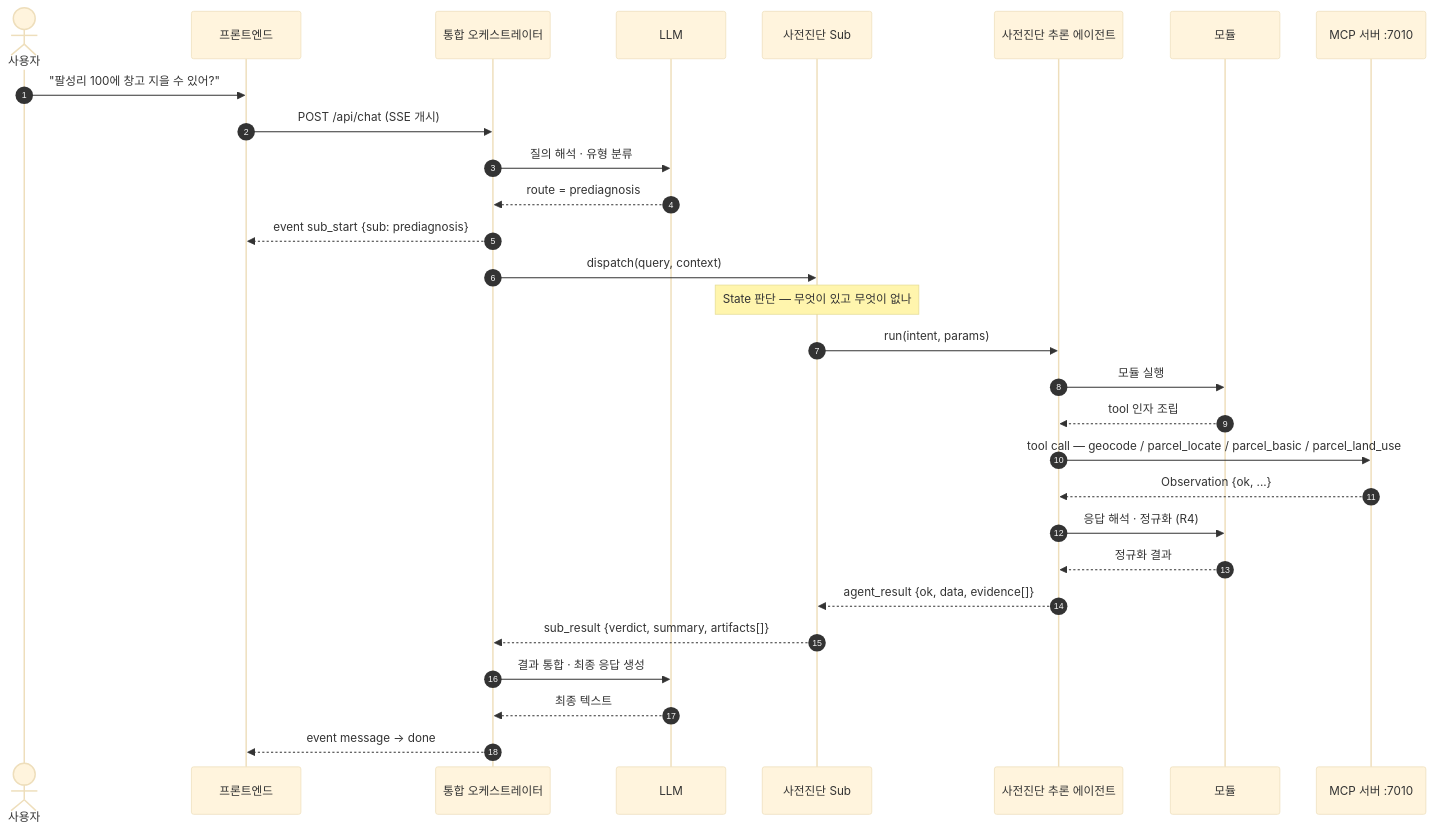
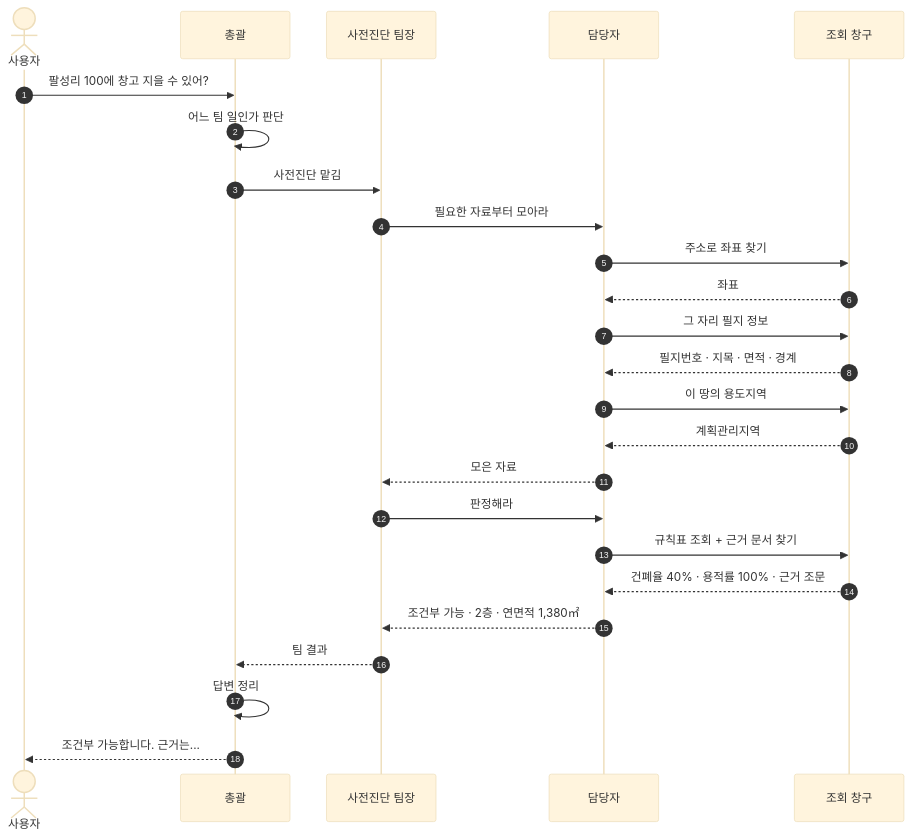
The second of 5 diagrams in docs/MCP-AGENT-SEQUENCE.md (madlrengg100/permit-copilot), drawn with Mermaid (base theme) before and after one commit. The commit also changed other lines of this file, not shown here.

Commit message:
Rewrite MCP agent sequence doc in plain language

````diff
--- a/docs/MCP-AGENT-SEQUENCE.md
+++ b/docs/MCP-AGENT-SEQUENCE.md
@@ -235,38 +71,31 @@
 ```mermaid
 sequenceDiagram
     autonumber
     actor U as 사용자
-    participant FE as 프론트엔드
-    participant MO as 통합 오케스트레이터
-    participant L as LLM
-    participant SO as 사전진단 Sub
-    participant AG as 사전진단 추론 에이전트
-    participant MD as 모듈
-    participant MCP as MCP 서버 :7010
+    participant BOSS as 총괄
+    participant LEAD as 사전진단 팀장
+    participant WK as 담당자
+    participant TOOL as 조회 창구
 
-    U->>FE: "팔성리 100에 창고 지을 수 있어?"
-    FE->>MO: POST /api/chat (SSE 개시)
+    U->>BOSS: 팔성리 100에 창고 지을 수 있어?
+    BOSS->>BOSS: 어느 팀 일인가 판단
+    BOSS->>LEAD: 사전진단 맡김
 
-    MO->>L: 질의 해석 · 유형 분류
-    L-->>MO: route = prediagnosis
-    MO-->>FE: event sub_start {sub: prediagnosis}
+    LEAD->>WK: 필요한 자료부터 모아라
+    WK->>TOOL: 주소로 좌표 찾기
+    TOOL-->>WK: 좌표
+    WK->>TOOL: 그 자리 필지 정보
+    TOOL-->>WK: 필지번호 · 지목 · 면적 · 경계
+    WK->>TOOL: 이 땅의 용도지역
+    TOOL-->>WK: 계획관리지역
+    WK-->>LEAD: 모은 자료
 
-    MO->>SO: dispatch(query, context)
-    Note over SO: State 판단 — 무엇이 있고 무엇이 없나
+    LEAD->>WK: 판정해라
+    WK->>TOOL: 규칙표 조회 + 근거 문서 찾기
+    TOOL-->>WK: 건폐율 40% · 용적률 100% · 근거 조문
+    WK-->>LEAD: 조건부 가능 · 2층 · 연면적 1,380㎡
+    LEAD-->>BOSS: 팀 결과
 
-    SO->>AG: run(intent, params)
-
-    AG->>MD: 모듈 실행
-    MD-->>AG: tool 인자 조립
-    AG->>MCP: tool call — geocode / parcel_locate / parcel_basic / parcel_land_use
-    MCP-->>AG: Observation {ok, ...}
-    AG->>MD: 응답 해석 · 정규화 (R4)
-    MD-->>AG: 정규화 결과
-
-    AG-->>SO: agent_result {ok, data, evidence[]}
-    SO-->>MO: sub_result {verdict, summary, artifacts[]}
-
-    MO->>L: 결과 통합 · 최종 응답 생성
-    L-->>MO: 최종 텍스트
-    MO-->>FE: event message → done
+    BOSS->>BOSS: 답변 정리
+    BOSS-->>U: 조건부 가능합니다. 근거는...
 ```
````
